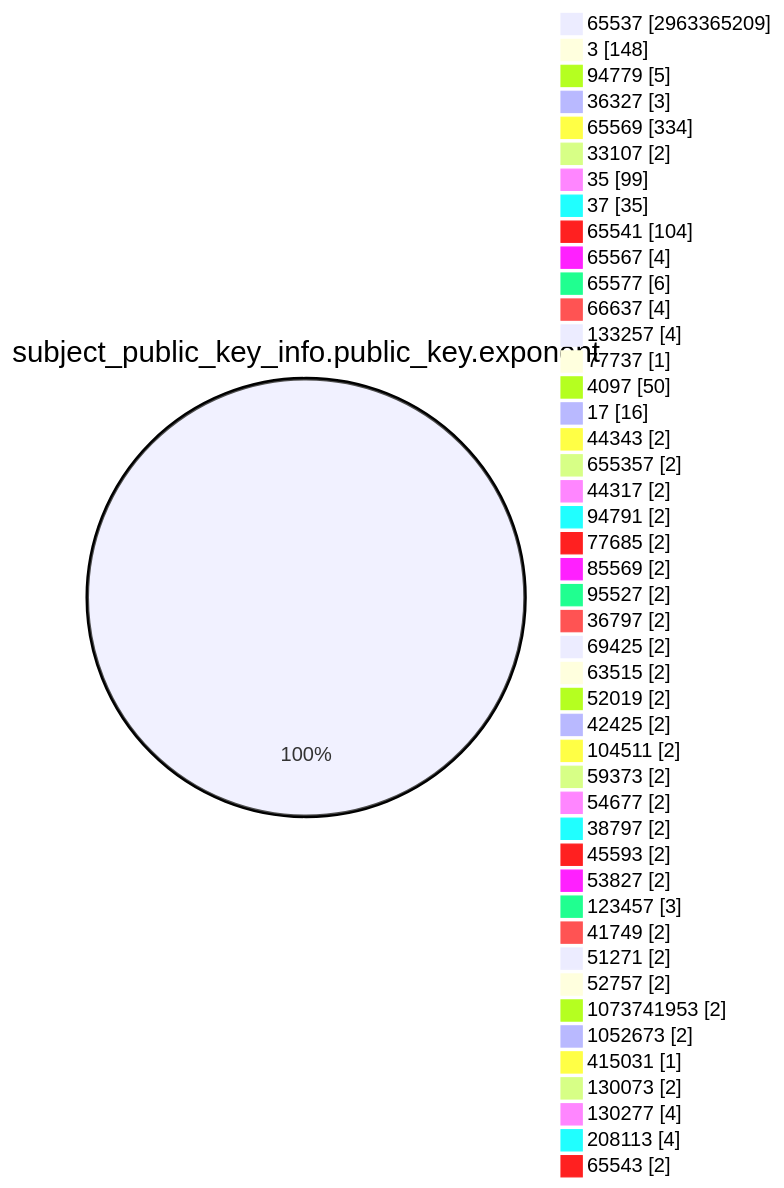
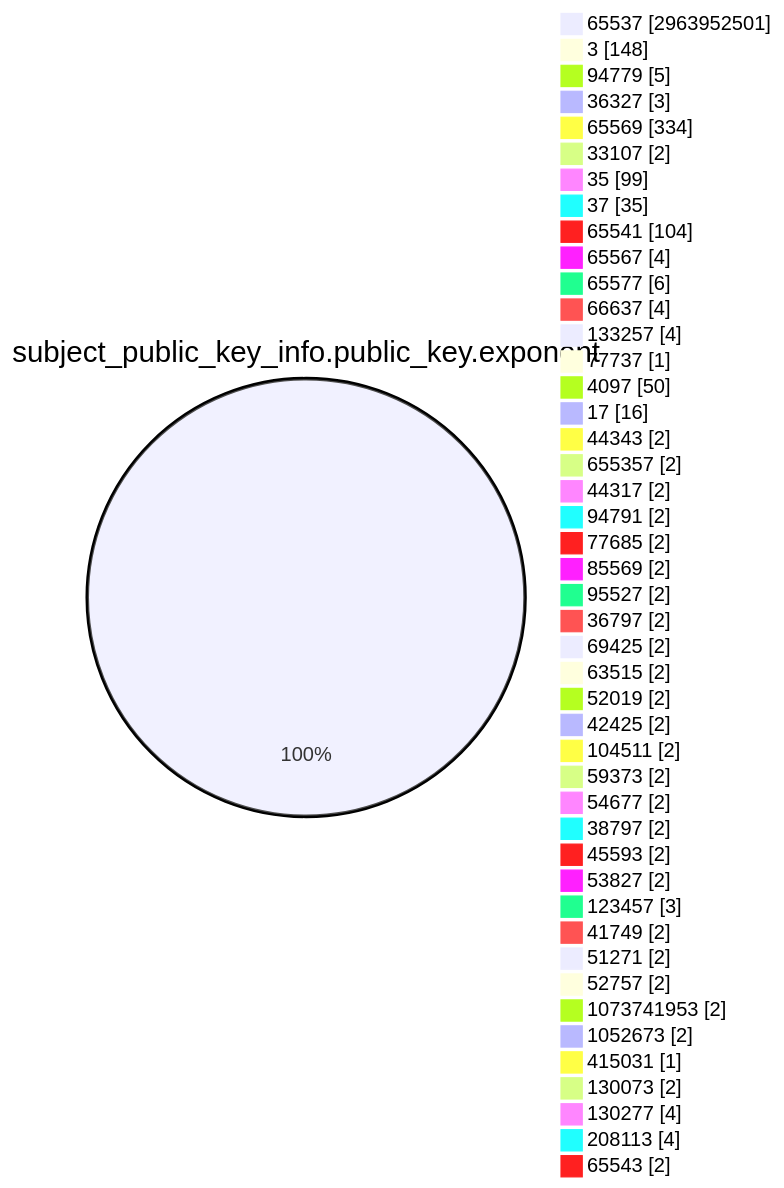
The fourth of 15 diagrams in TOTAL/README.md (christiankrug/ctmonitor_visualization), drawn with Mermaid before and after one commit. The commit also changed other lines of this file, not shown here.

````diff
--- a/TOTAL/README.md
+++ b/TOTAL/README.md
@@ -1471,49 +1471,49 @@
 ```mermaid
 pie showData
 title subject_public_key_info.public_key.exponent
-"65537" :2963365209
+"65537" :2963952501
 "3" :148
 "94779" :5
 "36327" :3
 "65569" :334
 "33107" :2
 "35" :99
 "37" :35
 "65541" :104
 "65567" :4
 "65577" :6
 "66637" :4
 "133257" :4
 "77737" :1
 "4097" :50
 "17" :16
 "44343" :2
 "655357" :2
 "44317" :2
 "94791" :2
 "77685" :2
 "85569" :2
 "95527" :2
 "36797" :2
 "69425" :2
 "63515" :2
 "52019" :2
 "42425" :2
 "104511" :2
 "59373" :2
 "54677" :2
 "38797" :2
 "45593" :2
 "53827" :2
 "123457" :3
 "41749" :2
 "51271" :2
 "52757" :2
 "1073741953" :2
 "1052673" :2
 "415031" :1
 "130073" :2
 "130277" :4
 "208113" :4
 "65543" :2
 ```
````
